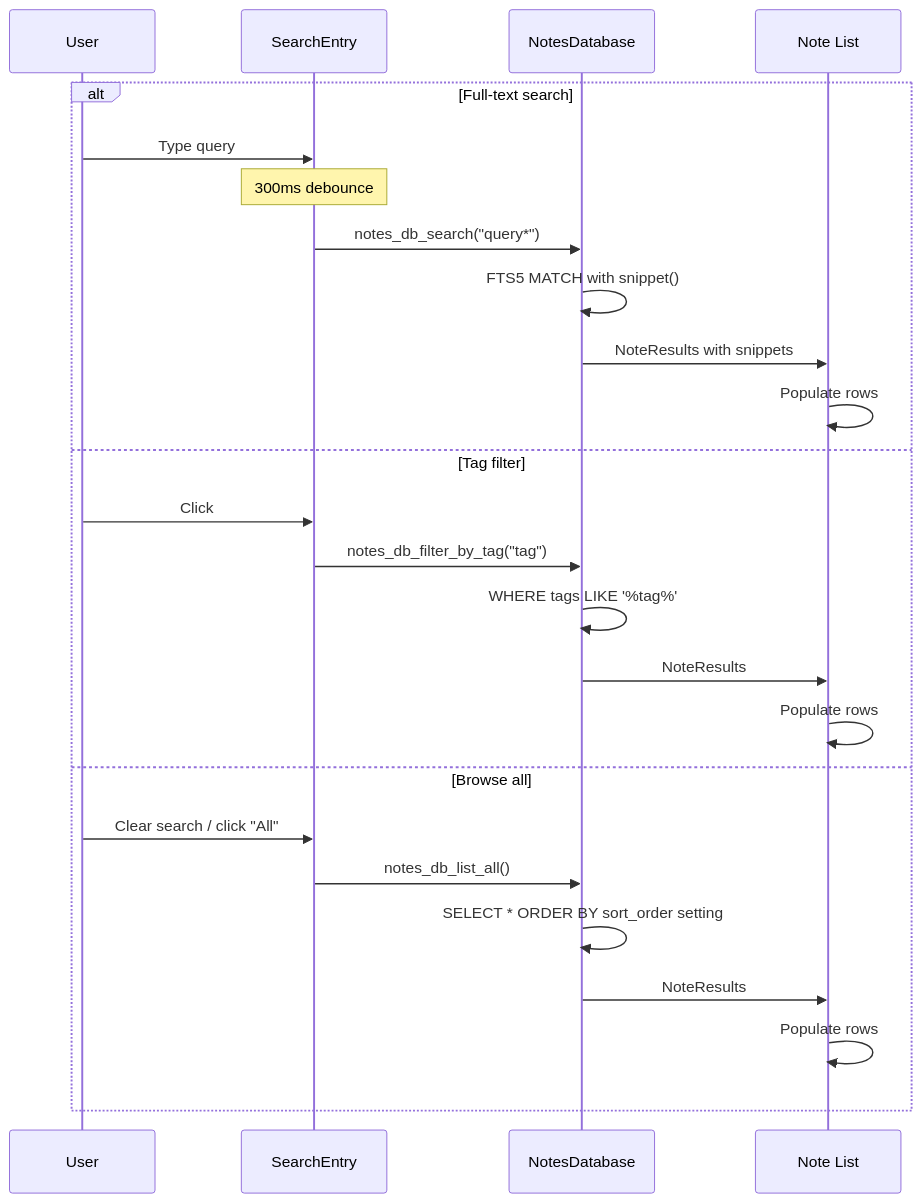
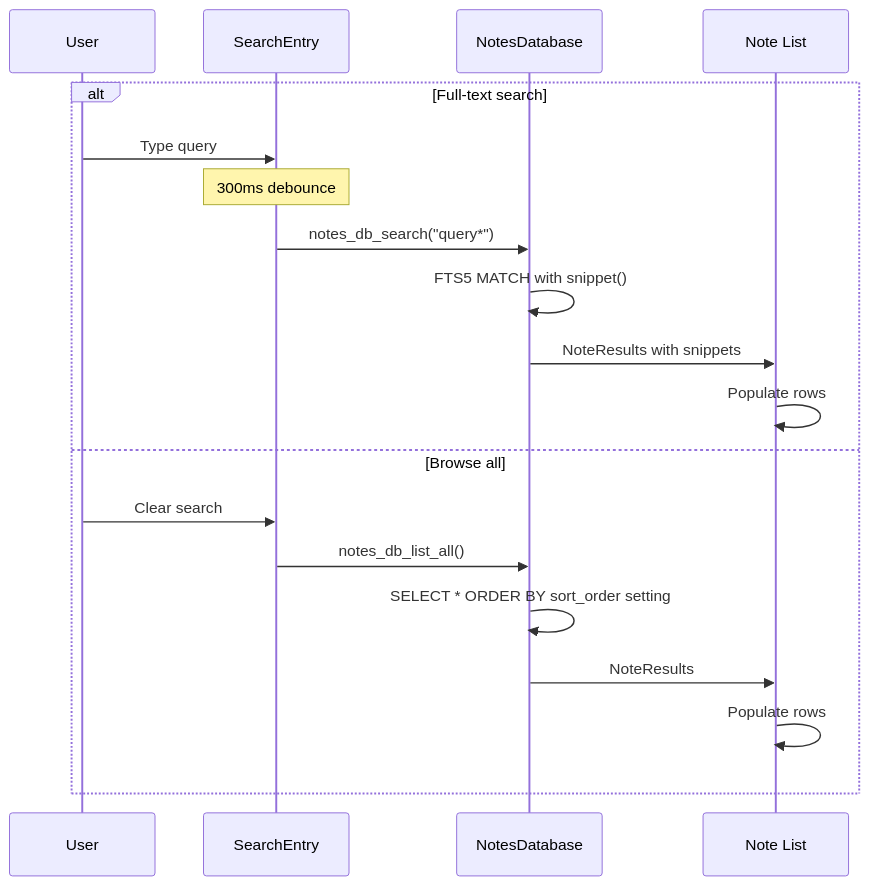
Before and after one commit to dkrse/notes-desktop: the fifth of 7 diagrams in docs/diagrams.md, drawn with Mermaid. The commit also changed other lines of this file and 10 other files, not shown here.

````diff
--- a/docs/diagrams.md
+++ b/docs/diagrams.md
@@ -193,28 +188,22 @@
 ```mermaid
 sequenceDiagram
     participant U as User
     participant SE as SearchEntry
     participant DB as NotesDatabase
     participant LB as Note List
 
     alt Full-text search
         U->>SE: Type query
         Note over SE: 300ms debounce
         SE->>DB: notes_db_search("query*")
         DB->>DB: FTS5 MATCH with snippet()
         DB->>LB: NoteResults with snippets
         LB->>LB: Populate rows
-    else Tag filter
-        U->>SE: Click #tag chip
-        SE->>DB: notes_db_filter_by_tag("tag")
-        DB->>DB: WHERE tags LIKE '%tag%'
-        DB->>LB: NoteResults
-        LB->>LB: Populate rows
     else Browse all
-        U->>SE: Clear search / click "All"
+        U->>SE: Clear search
         SE->>DB: notes_db_list_all()
         DB->>DB: SELECT * ORDER BY sort_order setting
         DB->>LB: NoteResults
         LB->>LB: Populate rows
     end
 ```
````
